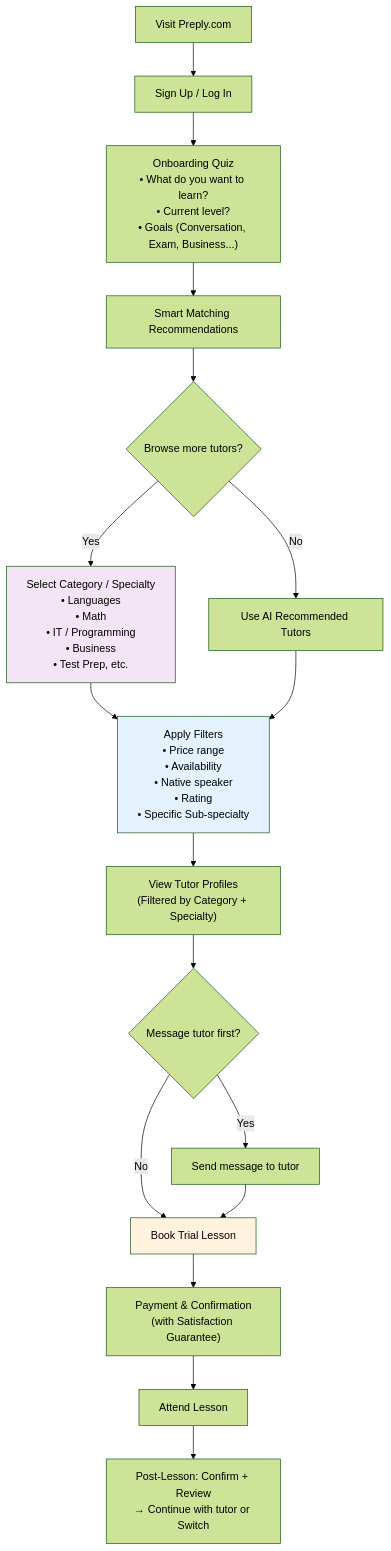
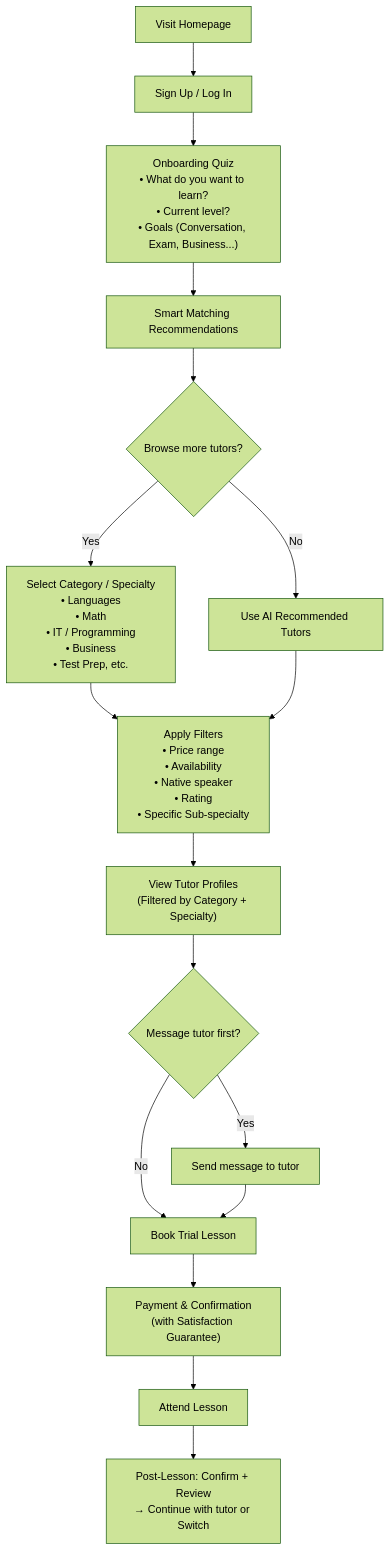
Before and after one commit to MehranDHN/HerzfeldDocuments: the tenth of 11 diagrams in data/UIUXWorkflow.md, drawn with Mermaid (forest theme). The commit also changed other lines of this file, not shown here.

Commit message:
EDit details

````diff
--- a/data/UIUXWorkflow.md
+++ b/data/UIUXWorkflow.md
@@ -256,37 +253,34 @@
 ```mermaid
 flowchart TD
-    Start["Visit Preply.com"] --> Signup["Sign Up / Log In"]
+    Start["Visit Homepage"] --> Signup["Sign Up / Log In"]
 
     Signup --> Quiz["Onboarding Quiz<br>• What do you want to learn?<br>• Current level?<br>• Goals (Conversation, Exam, Business...)"]
 
     Quiz --> Matching["Smart Matching Recommendations"]
 
     Matching --> Browse{"Browse more tutors?"}
     
     Browse -->|Yes| CategorySelect["Select Category / Specialty<br>• Languages<br>• Math<br>• IT / Programming<br>• Business<br>• Test Prep, etc."]
     
     Browse -->|No| UseRecommended["Use AI Recommended Tutors"]
 
     CategorySelect --> Filters["Apply Filters<br>• Price range<br>• Availability<br>• Native speaker<br>• Rating<br>• Specific Sub-specialty"]
 
     UseRecommended --> Filters
 
     Filters --> Profiles["View Tutor Profiles<br>(Filtered by Category + Specialty)"]
 
     Profiles --> Message{"Message tutor first?"}
     
     Message -->|Yes| Chat["Send message to tutor"]
     Message -->|No| Book["Book Trial Lesson"]
 
     Chat --> Book
 
     Book --> Payment["Payment & Confirmation<br>(with Satisfaction Guarantee)"]
 
     Payment --> Lesson["Attend Lesson"]
 
     Lesson --> Review["Post-Lesson: Confirm + Review<br>→ Continue with tutor or Switch"]
 
-    style CategorySelect fill:#f3e5f5
-    style Filters fill:#e3f2fd
-    style Book fill:#fff3e0
 ```
````
